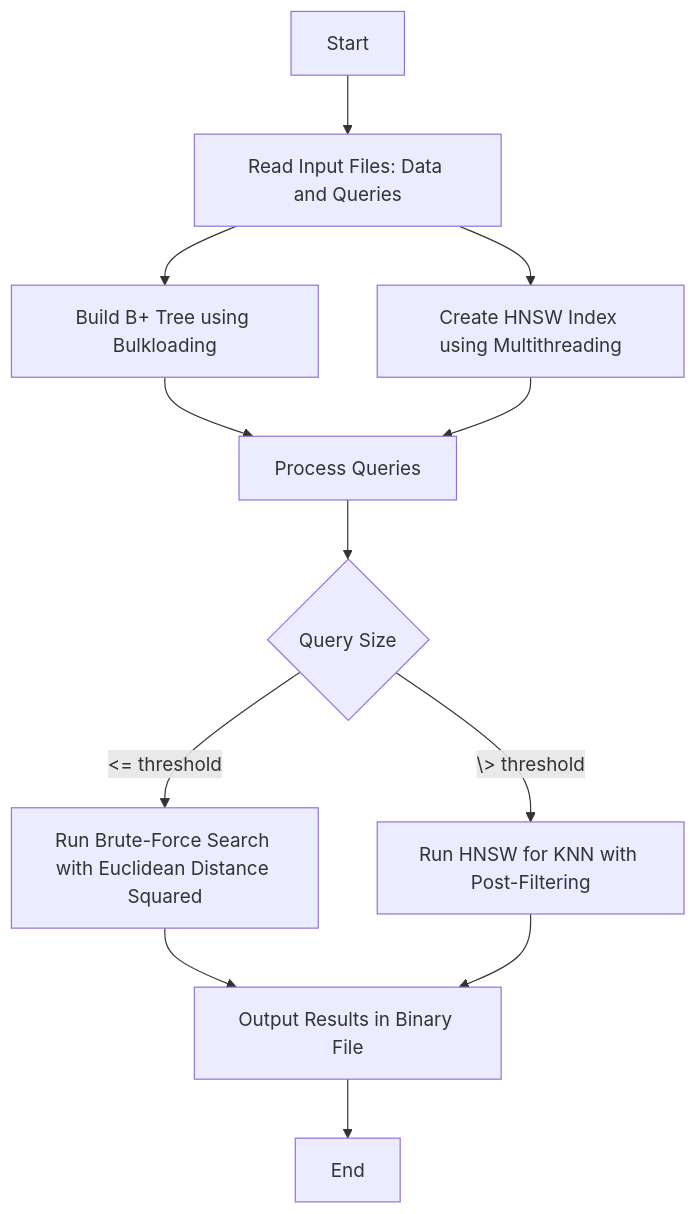
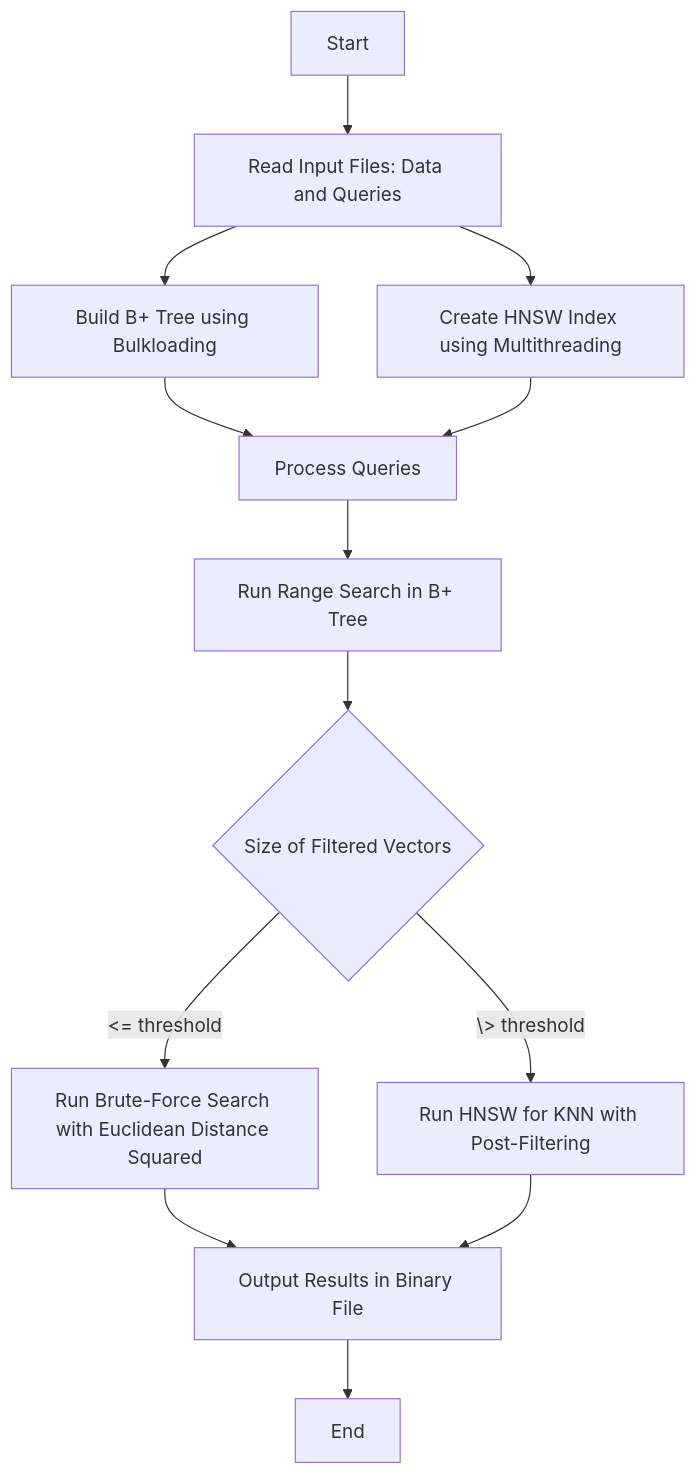
One commit to imanerh/BPlusVectorSearch changed the diagram in README.md. Above: the diagram before and after it, drawn with Mermaid. The commit also changed 3 other files, not shown here.

````diff
--- a/README.md
+++ b/README.md
@@ -117,14 +117,15 @@
 ```mermaid
 flowchart TD
     A[Start] --> B[Read Input Files: Data and Queries]
     B --> D[Build B+ Tree using Bulkloading]
     B --> E[Create HNSW Index using Multithreading]
     D --> F[Process Queries]
     E --> F[Process Queries]
-    F --> G{Query Size}
-    G -->|<= threshold| H[Run Brute-Force Search with Euclidean Distance Squared]
-    G -->|\> threshold| I[Run HNSW for KNN with Post-Filtering]
-    H --> J[Output Results in Binary File]
-    I --> J[Output Results in Binary File]
-    J --> K[End]
+    F --> G[Run Range Search in B+ Tree]
+    G --> I{Size of Filtered Vectors}
+    I -->|<= threshold| J[Run Brute-Force Search with Euclidean Distance Squared]
+    I -->|\> threshold| K[Run HNSW for KNN with Post-Filtering]
+    J --> L[Output Results in Binary File]
+    K --> L[Output Results in Binary File]
+    L --> M[End]
 ```
````
